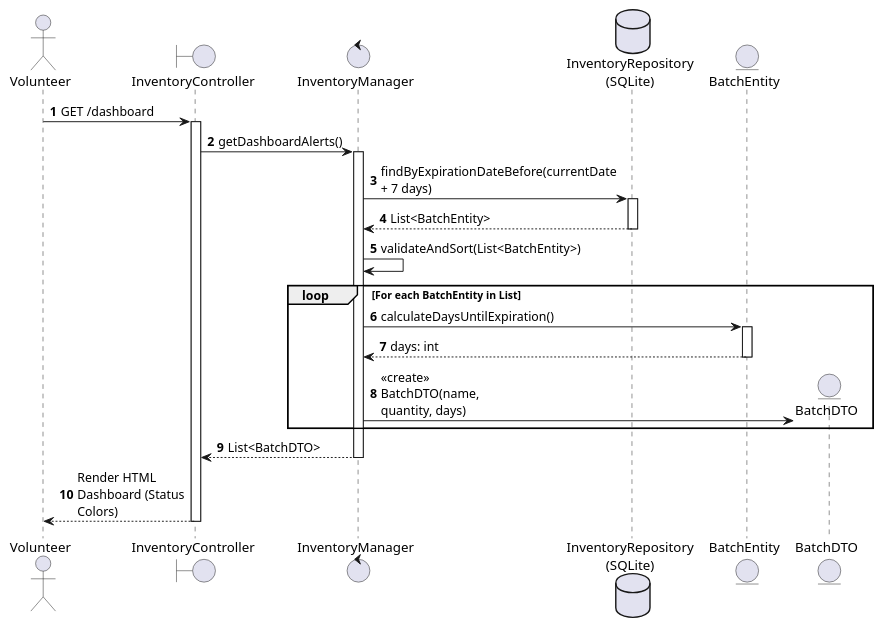
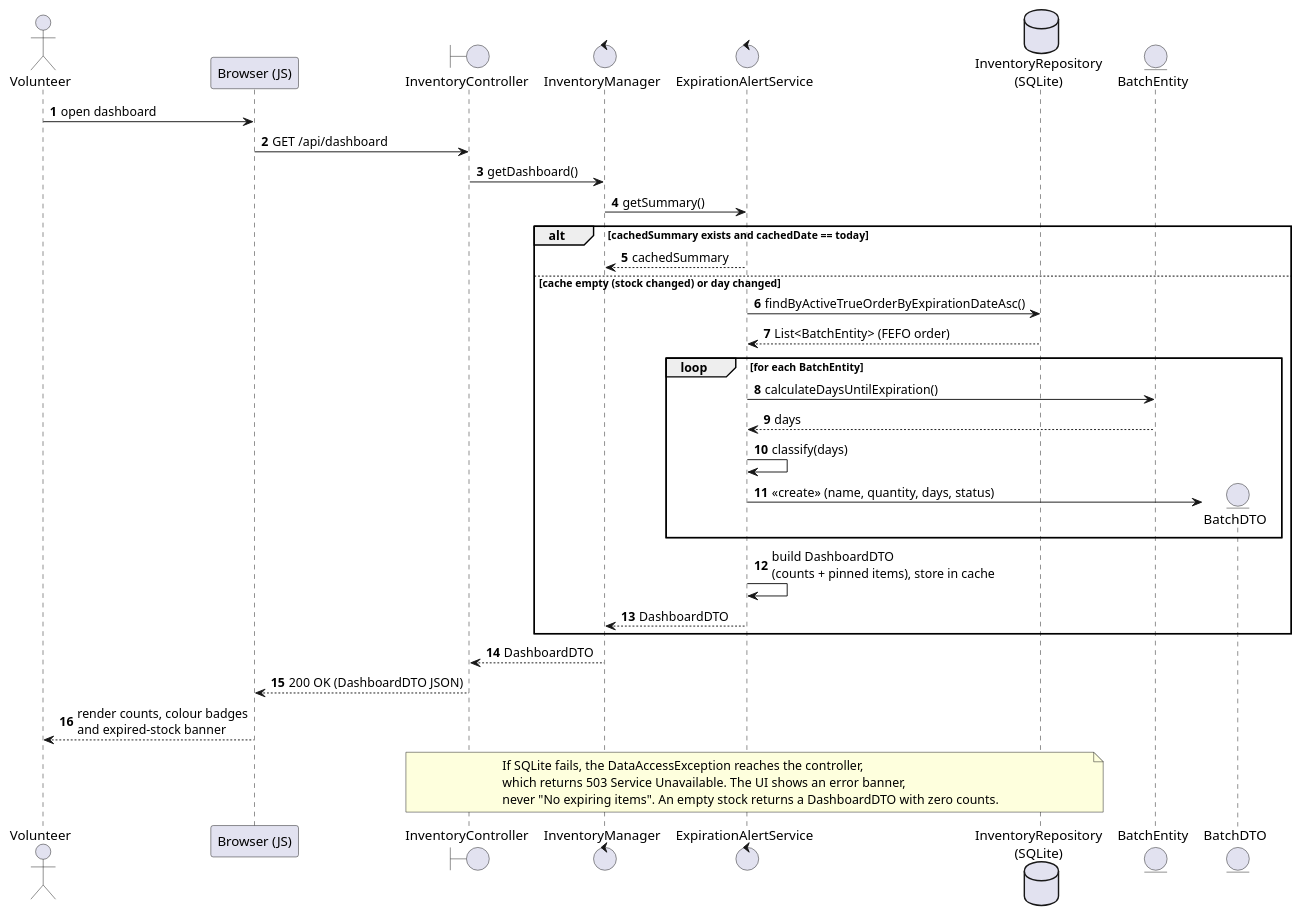
The diagram in Esquemas_Phase1/Sequence_Diagram_Dashboard_Alert_Retrieval_Flow.puml (asegomed/Inventory-and-Expiration-Manager-StockDate-), drawn with PlantUML before and after one commit. The commit also changed 2 other files, not shown here.

```diff
--- a/Esquemas_Phase1/Sequence_Diagram_Dashboard_Alert_Retrieval_Flow.puml
+++ b/Esquemas_Phase1/Sequence_Diagram_Dashboard_Alert_Retrieval_Flow.puml
@@ -1,39 +1,44 @@
-@startuml
-skinparam maxMessageSize 150
+@startuml Sequence_Diagram_Dashboard_Alert_Retrieval_Flow
+skinparam shadowing false
+skinparam sequenceMessageAlign left
 autonumber
 
-actor "Volunteer" as User
-boundary "InventoryController" as UI
-control "InventoryManager" as BLL
-database "InventoryRepository\n(SQLite)" as DB
-entity "BatchEntity" as Entity
-entity "BatchDTO" as DTO
+actor Volunteer
+participant "Browser (JS)" as UI
+boundary InventoryController
+control InventoryManager
+control ExpirationAlertService as Alerts
+database "InventoryRepository\n(SQLite)" as BatchRepo
+entity BatchEntity
+entity BatchDTO
 
-User -> UI : GET /dashboard
-activate UI
+Volunteer -> UI : open dashboard
+UI -> InventoryController : GET /api/dashboard
+InventoryController -> InventoryManager : getDashboard()
+InventoryManager -> Alerts : getSummary()
 
-UI -> BLL : getDashboardAlerts()
-activate BLL
-
-BLL -> DB : findByExpirationDateBefore(currentDate + 7 days)
-activate DB
-DB --> BLL : List<BatchEntity>
-deactivate DB
-
-BLL -> BLL : validateAndSort(List<BatchEntity>)
-
-loop For each BatchEntity in List
-    BLL -> Entity : calculateDaysUntilExpiration()
-    activate Entity
-    Entity --> BLL : days: int
-    deactivate Entity
-
-    BLL -> DTO ** : <<create>> BatchDTO(name, quantity, days)
+alt cachedSummary exists and cachedDate == today
+  Alerts --> InventoryManager : cachedSummary
+else cache empty (stock changed) or day changed
+  Alerts -> BatchRepo : findByActiveTrueOrderByExpirationDateAsc()
+  BatchRepo --> Alerts : List<BatchEntity> (FEFO order)
+  loop for each BatchEntity
+    Alerts -> BatchEntity : calculateDaysUntilExpiration()
+    BatchEntity --> Alerts : days
+    Alerts -> Alerts : classify(days)
+    Alerts -> BatchDTO ** : <<create>> (name, quantity, days, status)
+  end
+  Alerts -> Alerts : build DashboardDTO\n(counts + pinned items), store in cache
+  Alerts --> InventoryManager : DashboardDTO
 end
 
-BLL --> UI : List<BatchDTO>
-deactivate BLL
+InventoryManager --> InventoryController : DashboardDTO
+InventoryController --> UI : 200 OK (DashboardDTO JSON)
+UI --> Volunteer : render counts, colour badges\nand expired-stock banner
 
-UI --> User : Render HTML Dashboard (Status Colors)
-deactivate UI
+note over InventoryController, BatchRepo
+If SQLite fails, the DataAccessException reaches the controller,
+which returns 503 Service Unavailable. The UI shows an error banner,
+never "No expiring items". An empty stock returns a DashboardDTO with zero counts.
+end note
 @enduml
```
